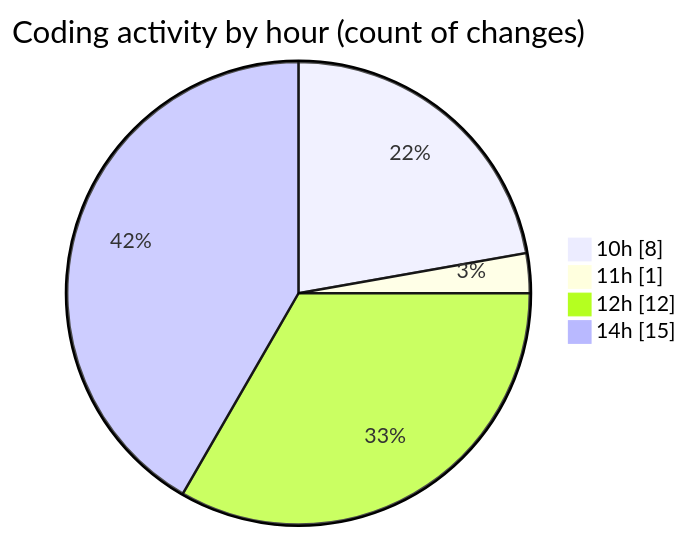
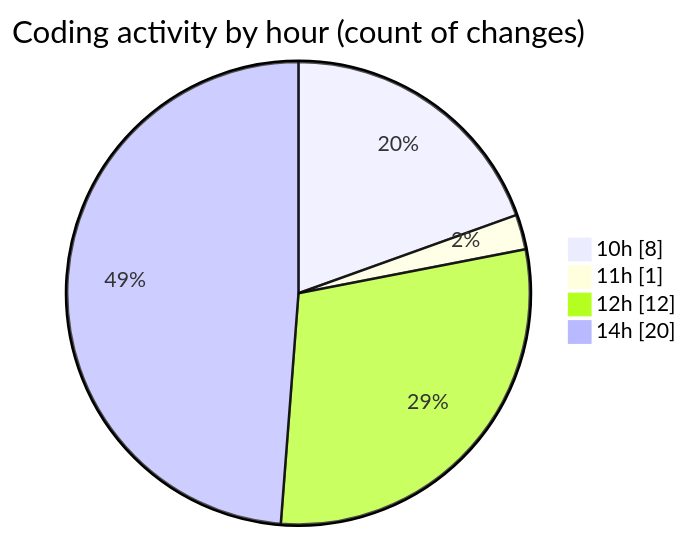
Before and after one commit to momahboobian/code-tracking: the second of 2 diagrams in 2025-07-31/cda/README.md, drawn with Mermaid. The commit also changed other lines of this file and 1 other file, not shown here.

````diff
--- a/2025-07-31/cda/README.md
+++ b/2025-07-31/cda/README.md
@@ -32,8 +32,8 @@
 ```mermaid
 pie showData
 title Coding activity by hour (count of changes)
 "10h" : 8
 "11h" : 1
 "12h" : 12
-"14h" : 15
+"14h" : 20
 ```
````
